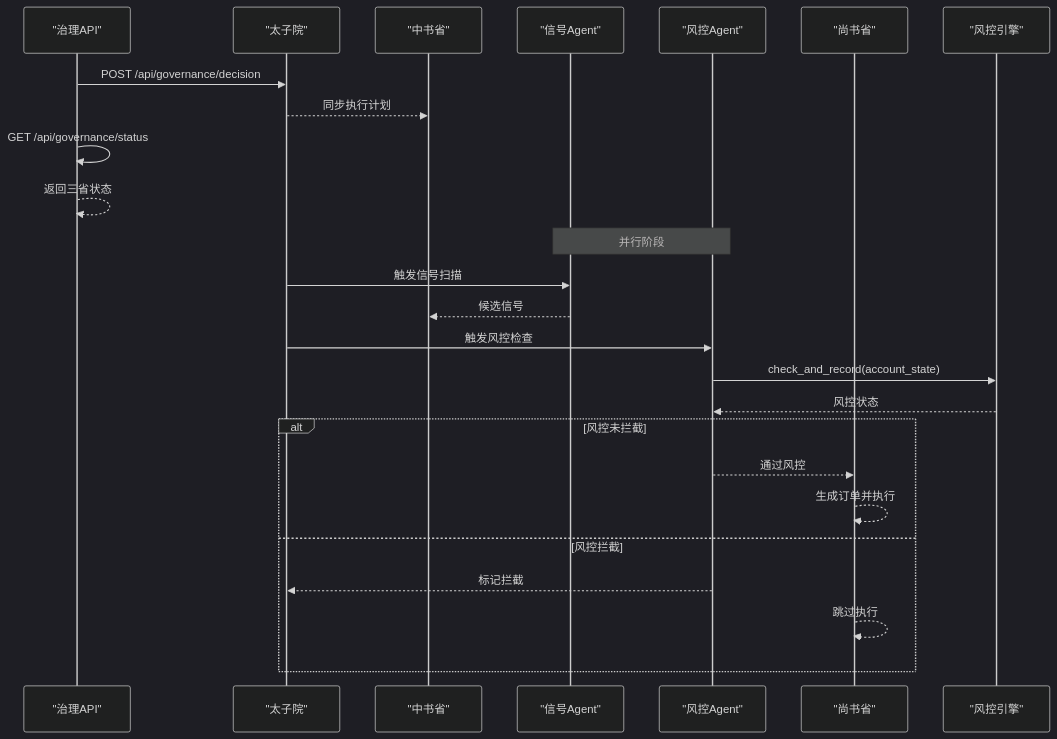
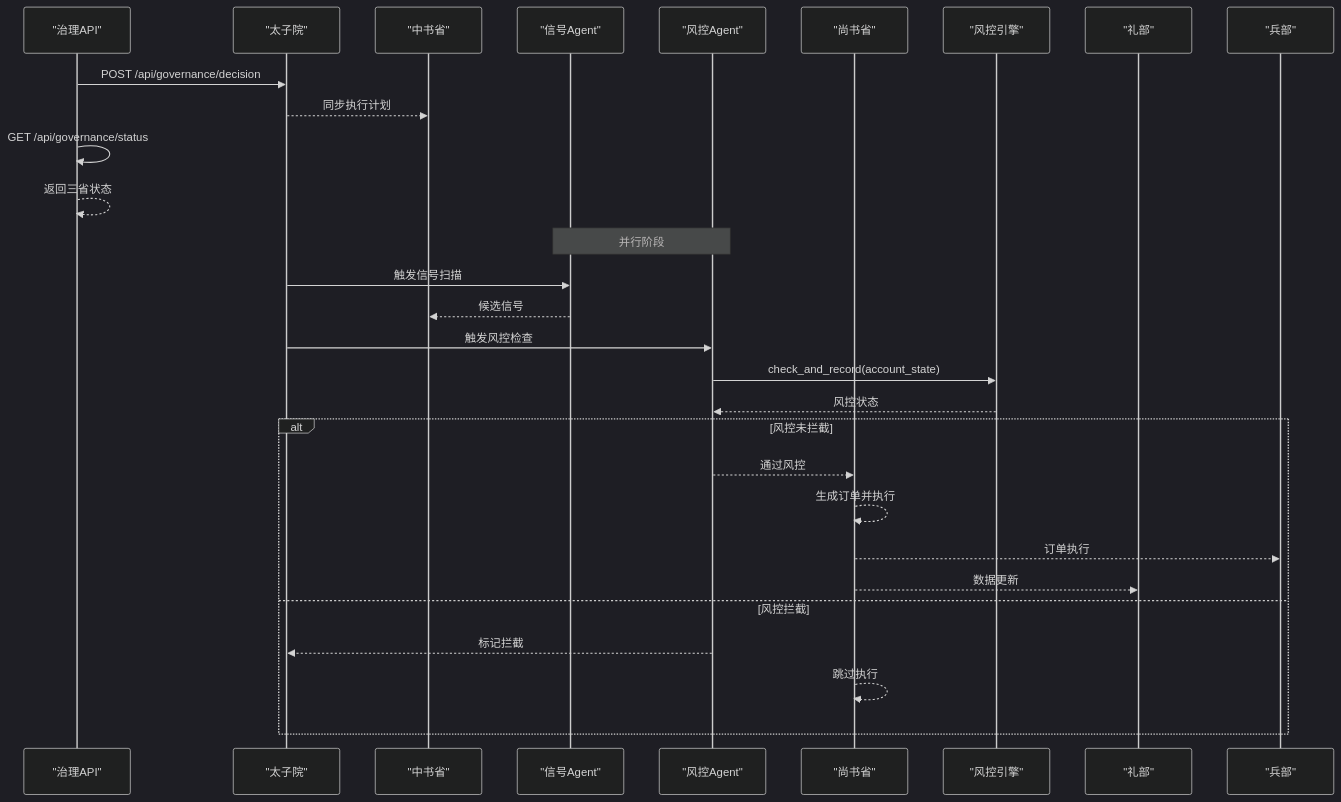
The second of 8 diagrams in .qoder/repowiki/zh/content/三省决策架构/三省决策架构.md (Magicer2024/AIQuant), drawn with Mermaid (dark theme) before and after one commit. The commit also changed other lines of this file and 62 other files, not shown here.

First line of the commit message:
refactor: migrate modules to 六部 ministries architecture

````diff
--- a/.qoder/repowiki/zh/content/三省决策架构/三省决策架构.md
+++ b/.qoder/repowiki/zh/content/三省决策架构/三省决策架构.md
@@ -135,27 +166,31 @@
 ```mermaid
 sequenceDiagram
 participant API as "治理API"
 participant DEC as "太子院"
 participant STR as "中书省"
 participant SIG as "信号Agent"
 participant RIS as "风控Agent"
 participant EXE as "尚书省"
 participant REN as "风控引擎"
+participant RITES as "礼部"
+participant WAR as "兵部"
 API->>DEC : POST /api/governance/decision
 DEC-->>STR : 同步执行计划
 API->>API : GET /api/governance/status
 API-->>API : 返回三省状态
 Note over SIG,RIS : 并行阶段
 DEC->>SIG : 触发信号扫描
 SIG-->>STR : 候选信号
 DEC->>RIS : 触发风控检查
 RIS->>REN : check_and_record(account_state)
 REN-->>RIS : 风控状态
 alt 风控未拦截
 RIS-->>EXE : 通过风控
 EXE-->>EXE : 生成订单并执行
+EXE-->>WAR : 订单执行
+EXE-->>RITES : 数据更新
 else 风控拦截
 RIS-->>DEC : 标记拦截
 EXE-->>EXE : 跳过执行
 end
 ```
````
